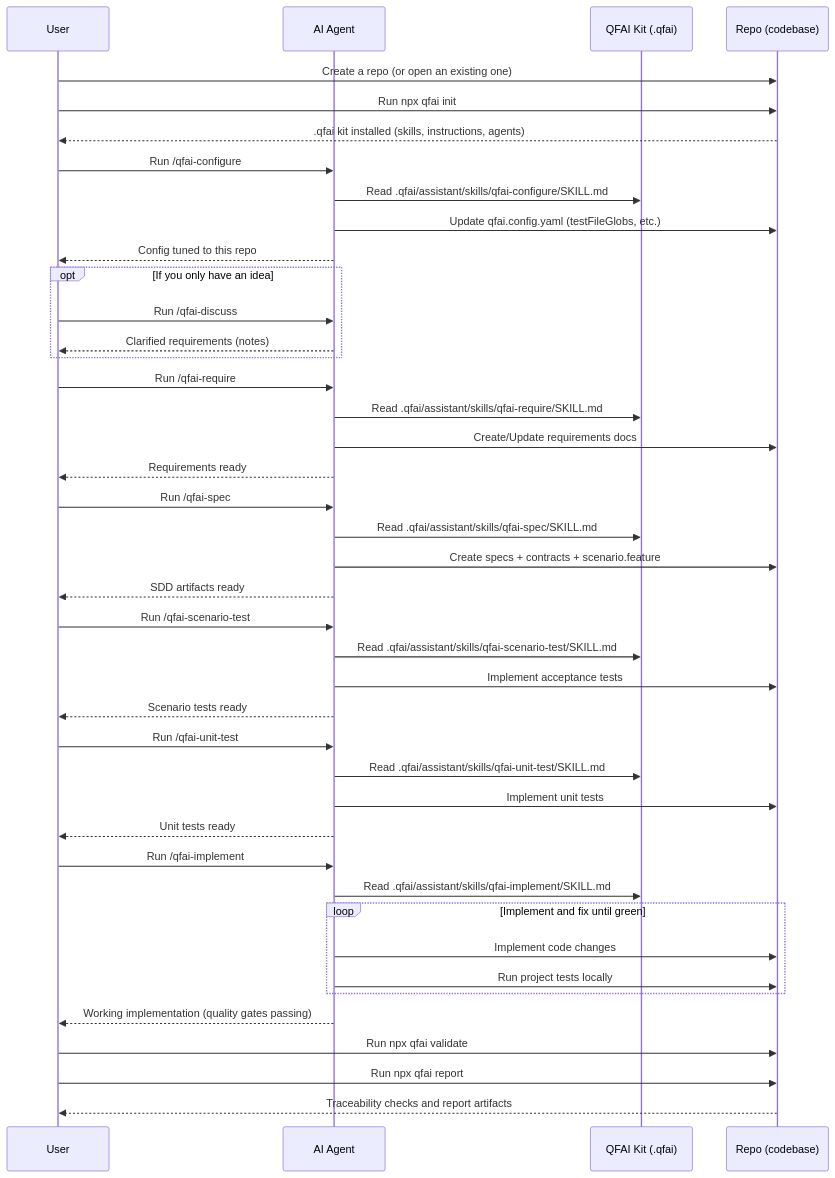
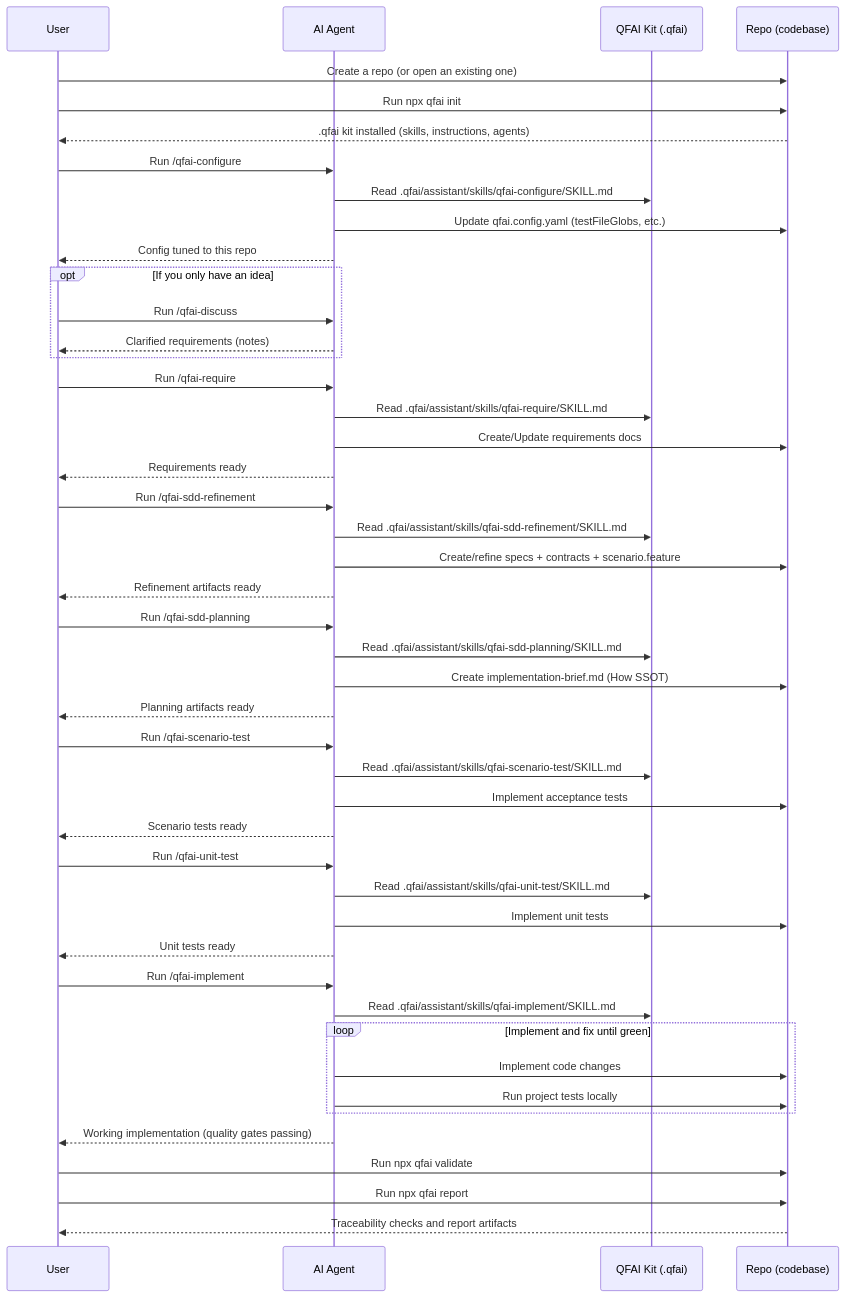
One commit to aganesy/QFAI changed the diagram in packages/qfai/README.md. Above: the diagram before and after it, drawn with Mermaid. The commit also changed other lines of this file and 30 other files, not shown here.

Commit message:
feat: add sdd refinement/planning assets and docs

````diff
--- a/packages/qfai/README.md
+++ b/packages/qfai/README.md
@@ -71,53 +73,58 @@
 ```mermaid
 sequenceDiagram
 participant U as User
 participant AG as AI Agent
 participant Q as QFAI Kit (.qfai)
 participant R as Repo (codebase)
 
 U->>R: Create a repo (or open an existing one)
 U->>R: Run npx qfai init
 R-->>U: .qfai kit installed (skills, instructions, agents)
 
 U->>AG: Run /qfai-configure
 AG->>Q: Read .qfai/assistant/skills/qfai-configure/SKILL.md
 AG->>R: Update qfai.config.yaml (testFileGlobs, etc.)
 AG-->>U: Config tuned to this repo
 
 opt If you only have an idea
 U->>AG: Run /qfai-discuss
 AG-->>U: Clarified requirements (notes)
 end
 
 U->>AG: Run /qfai-require
 AG->>Q: Read .qfai/assistant/skills/qfai-require/SKILL.md
 AG->>R: Create/Update requirements docs
 AG-->>U: Requirements ready
 
-U->>AG: Run /qfai-spec
-AG->>Q: Read .qfai/assistant/skills/qfai-spec/SKILL.md
-AG->>R: Create specs + contracts + scenario.feature
-AG-->>U: SDD artifacts ready
+U->>AG: Run /qfai-sdd-refinement
+AG->>Q: Read .qfai/assistant/skills/qfai-sdd-refinement/SKILL.md
+AG->>R: Create/refine specs + contracts + scenario.feature
+AG-->>U: Refinement artifacts ready
+
+U->>AG: Run /qfai-sdd-planning
+AG->>Q: Read .qfai/assistant/skills/qfai-sdd-planning/SKILL.md
+AG->>R: Create implementation-brief.md (How SSOT)
+AG-->>U: Planning artifacts ready
 
 U->>AG: Run /qfai-scenario-test
 AG->>Q: Read .qfai/assistant/skills/qfai-scenario-test/SKILL.md
 AG->>R: Implement acceptance tests
 AG-->>U: Scenario tests ready
 
 U->>AG: Run /qfai-unit-test
 AG->>Q: Read .qfai/assistant/skills/qfai-unit-test/SKILL.md
 AG->>R: Implement unit tests
 AG-->>U: Unit tests ready
 
 U->>AG: Run /qfai-implement
 AG->>Q: Read .qfai/assistant/skills/qfai-implement/SKILL.md
 loop Implement and fix until green
 AG->>R: Implement code changes
 AG->>R: Run project tests locally
 end
 AG-->>U: Working implementation (quality gates passing)
 
 U->>R: Run npx qfai validate
 U->>R: Run npx qfai report
 R-->>U: Traceability checks and report artifacts
 ```
````
